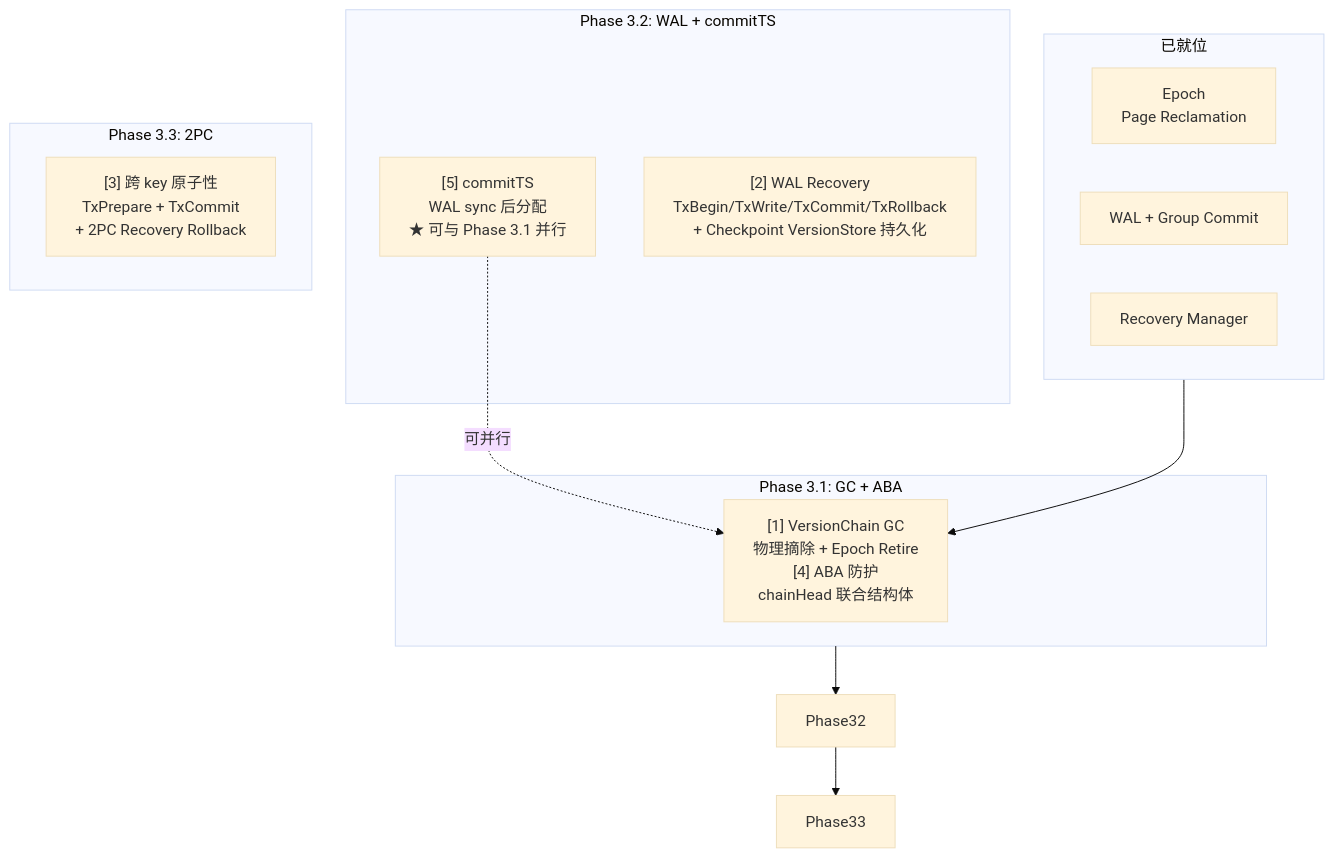
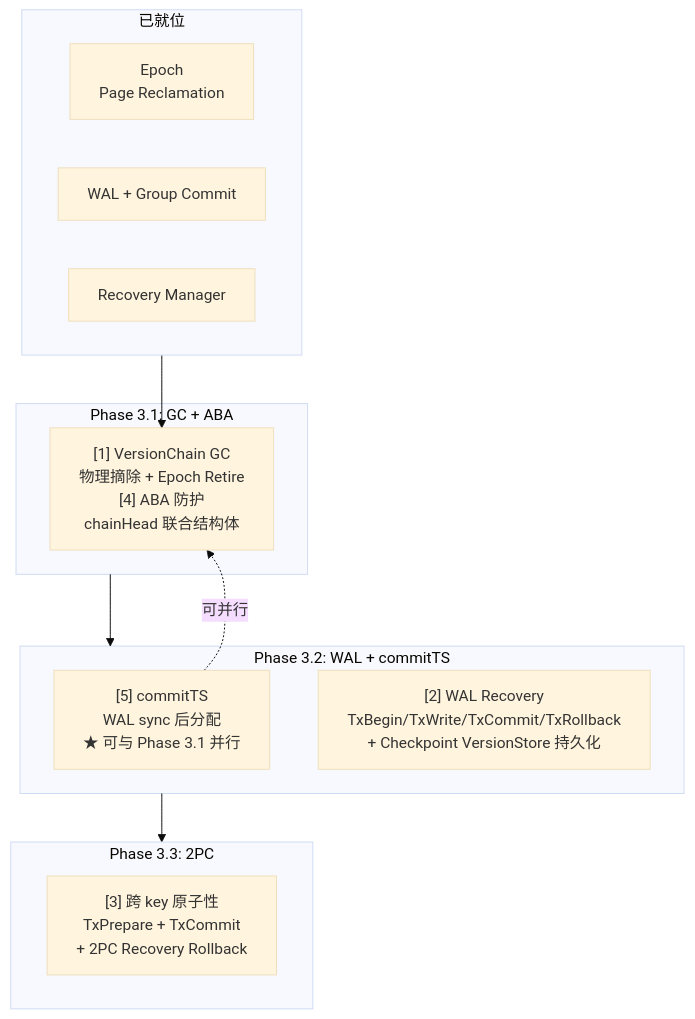
The third of 3 diagrams in docs/07_spike/btree-refactor/2026-05-23-phase3-mvcc-remaining-gaps-spike.md (jzhang405/NexKV), drawn with Mermaid (base theme) before and after one commit. The commit also changed other lines of this file, not shown here.

First line of the commit message:
docs(spike): Phase 3 MVCC v2.1 — 第三轮审查修复 6 项

````diff
--- a/docs/07_spike/btree-refactor/2026-05-23-phase3-mvcc-remaining-gaps-spike.md
+++ b/docs/07_spike/btree-refactor/2026-05-23-phase3-mvcc-remaining-gaps-spike.md
@@ -442,29 +455,29 @@
 ```mermaid
 flowchart TB
     subgraph Ready2["已就位"]
         E2["Epoch<br/>Page Reclamation"]
         W2["WAL + Group Commit"]
         R2["Recovery Manager"]
     end
     
     Ready2 --> G1
     
     subgraph Phase31["Phase 3.1: GC + ABA"]
         G1["[1] VersionChain GC<br/>物理摘除 + Epoch Retire<br/>[4] ABA 防护<br/>chainHead 联合结构体"]
     end
     
-    Phase31 --> Phase32
+    Phase31 --> Phase32b
     
     subgraph Phase32b["Phase 3.2: WAL + commitTS"]
         G5["[5] commitTS<br/>WAL sync 后分配<br/>★ 可与 Phase 3.1 并行"]
         G2["[2] WAL Recovery<br/>TxBegin/TxWrite/TxCommit/TxRollback<br/>+ Checkpoint VersionStore 持久化"]
     end
     
-    Phase32 --> Phase33
+    Phase32b --> Phase33b
     
     subgraph Phase33b["Phase 3.3: 2PC"]
         G3["[3] 跨 key 原子性<br/>TxPrepare + TxCommit<br/>+ 2PC Recovery Rollback"]
     end
     
     G5 -.->|"可并行"| G1
 ```
````
